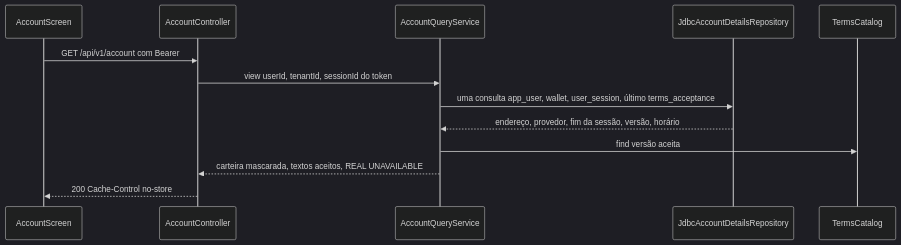
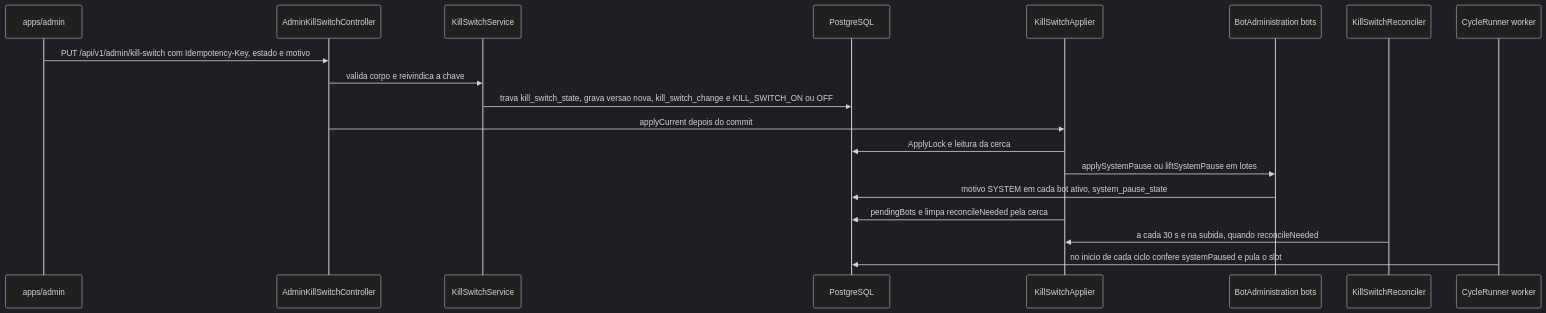
The third of 5 diagrams in aidlc/spaces/default/codekb/eureka-trader-ai/architecture.md (rafaelcruz-net/eureka-trade-ai), drawn with Mermaid (dark theme) before and after one commit. The commit also changed other lines of this file and 824 other files, not shown here.

First line of the commit message:
feat: REAL trading U1 to U4 of 261113-trading-real-bot

````diff
--- a/aidlc/spaces/default/codekb/eureka-trader-ai/architecture.md
+++ b/aidlc/spaces/default/codekb/eureka-trader-ai/architecture.md
@@ -198,15 +251,21 @@
 ```mermaid
 sequenceDiagram
-  participant B as AccountScreen
-  participant C as AccountController
-  participant S as AccountQueryService
-  participant R as JdbcAccountDetailsRepository
-  participant T as TermsCatalog
-  B->>C: GET /api/v1/account com Bearer
-  C->>S: view userId, tenantId, sessionId do token
-  S->>R: uma consulta app_user, wallet, user_session, último terms_acceptance
-  R-->>S: endereço, provedor, fim da sessão, versão, horário
-  S->>T: find versão aceita
-  S-->>C: carteira mascarada, textos aceitos, REAL UNAVAILABLE
-  C-->>B: 200 Cache-Control no-store
+  participant A as apps/admin
+  participant C as AdminKillSwitchController
+  participant S as KillSwitchService
+  participant DB as PostgreSQL
+  participant AP as KillSwitchApplier
+  participant B as BotAdministration bots
+  participant R as KillSwitchReconciler
+  participant W as CycleRunner worker
+  A->>C: PUT /api/v1/admin/kill-switch com Idempotency-Key, estado e motivo
+  C->>S: valida corpo e reivindica a chave
+  S->>DB: trava kill_switch_state, grava versao nova, kill_switch_change e KILL_SWITCH_ON ou OFF
+  C->>AP: applyCurrent depois do commit
+  AP->>DB: ApplyLock e leitura da cerca
+  AP->>B: applySystemPause ou liftSystemPause em lotes
+  B->>DB: motivo SYSTEM em cada bot ativo, system_pause_state
+  AP->>DB: pendingBots e limpa reconcileNeeded pela cerca
+  R->>AP: a cada 30 s e na subida, quando reconcileNeeded
+  W->>DB: no inicio de cada ciclo confere systemPaused e pula o slot
 ```
````
